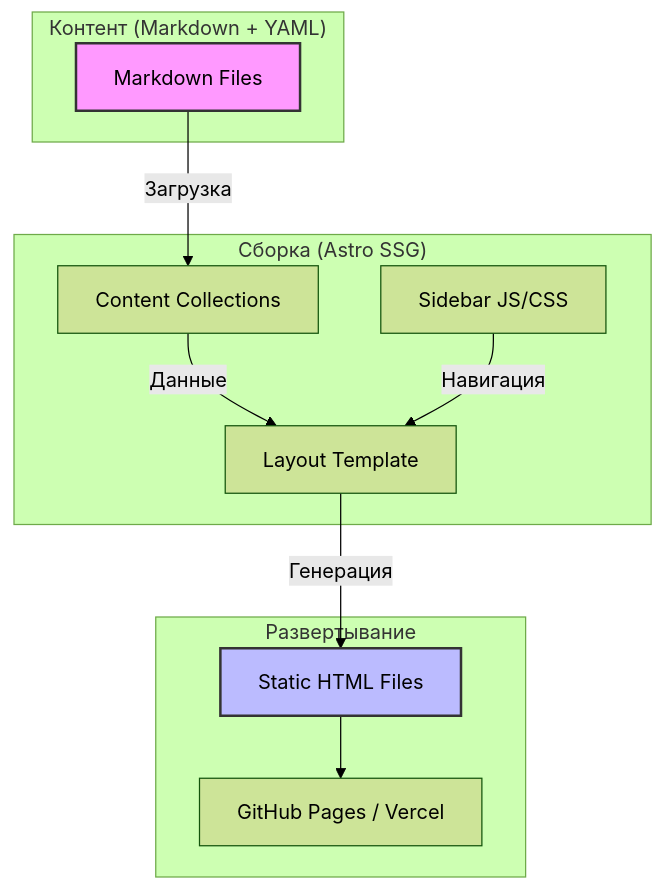
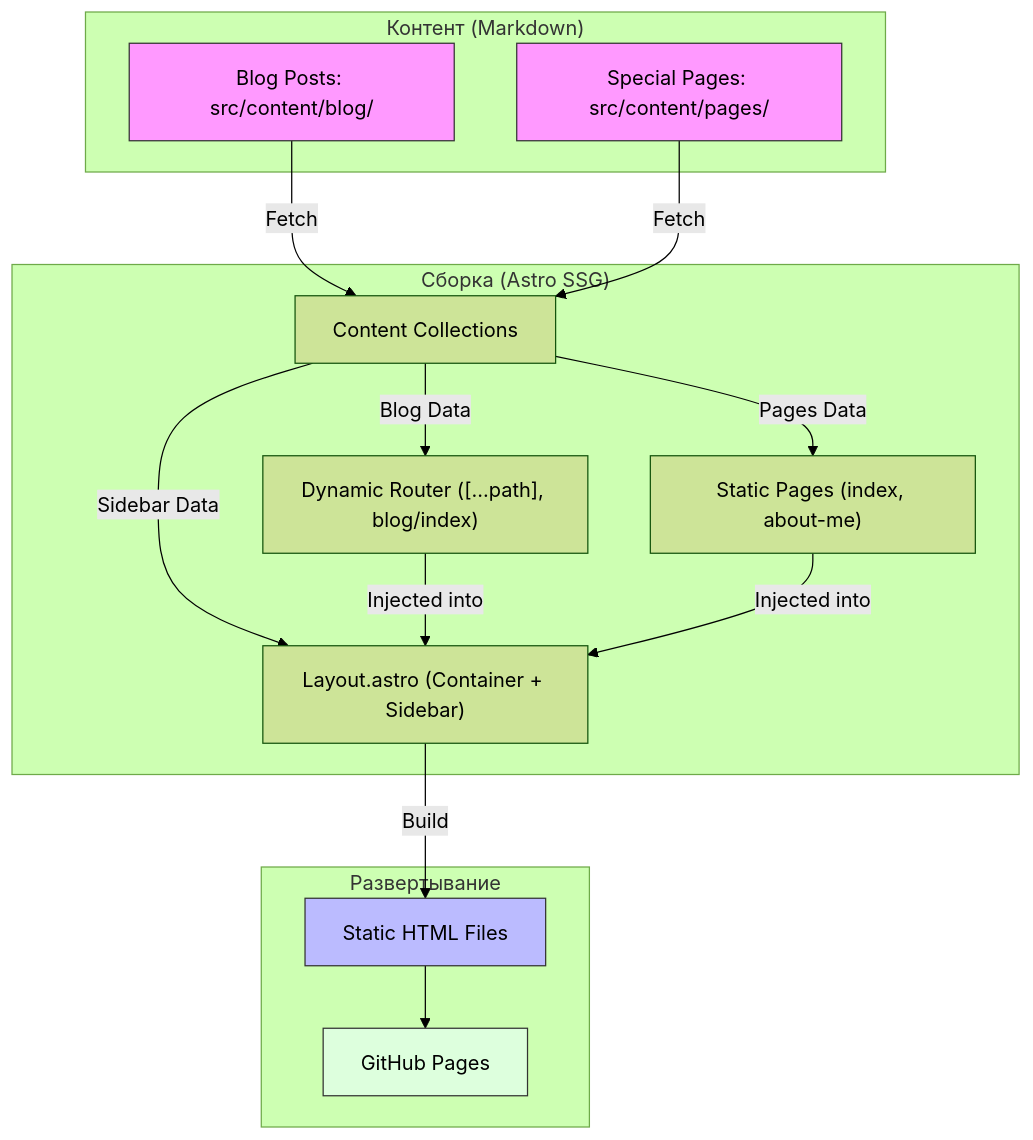
Before and after one commit to aa-blinov/my-blog: the diagram in src/content/blog/dev/blog-architecture.md, drawn with Mermaid (forest theme). The commit also changed other lines of this file and 18 other files, not shown here.

Commit message:
feat: Establish foundational global styles for blog layout, typography, responsive design, and content elements, and add a new main content page.

````diff
--- a/src/content/blog/dev/blog-architecture.md
+++ b/src/content/blog/dev/blog-architecture.md
@@ -25,25 +24,35 @@
 ```mermaid
 graph TD
-    subgraph "Контент (Markdown + YAML)"
-        MD[Markdown Files]
+    subgraph "Контент (Markdown)"
+        Blog[Blog Posts: src/content/blog/]
+        Pages[Special Pages: src/content/pages/]
     end
 
     subgraph "Сборка (Astro SSG)"
         CC[Content Collections]
-        Layout[Layout Template]
-        Sidebar[Sidebar JS/CSS]
+        Router["Dynamic Router ([...path], blog/index)"]
+        Statics["Static Pages (index, about-me)"]
+        Layout["Layout.astro (Container + Sidebar)"]
     end
 
-    MD -->|Загрузка| CC
-    CC -->|Данные| Layout
-    Sidebar -->|Навигация| Layout
+    Blog -->|Fetch| CC
+    Pages -->|Fetch| CC
     
-    Layout -->|Генерация| HTML[Static HTML Files]
+    CC -->|Blog Data| Router
+    CC -->|Pages Data| Statics
+    CC -->|Sidebar Data| Layout
+    
+    Router -->|Injected into| Layout
+    Statics -->|Injected into| Layout
+    
+    Layout -->|Build| HTML[Static HTML Files]
     
     subgraph "Развертывание"
-        HTML --> Web[GitHub Pages / Vercel]
+        HTML --> Web[GitHub Pages]
     end
 
-    style MD fill:#f9f,stroke:#333,stroke-width:2px
-    style HTML fill:#bbf,stroke:#333,stroke-width:2px
+    style Blog fill:#f9f,stroke:#333
+    style Pages fill:#f9f,stroke:#333
+    style HTML fill:#bbf,stroke:#333
+    style Web fill:#dfd,stroke:#333
 ```
````
